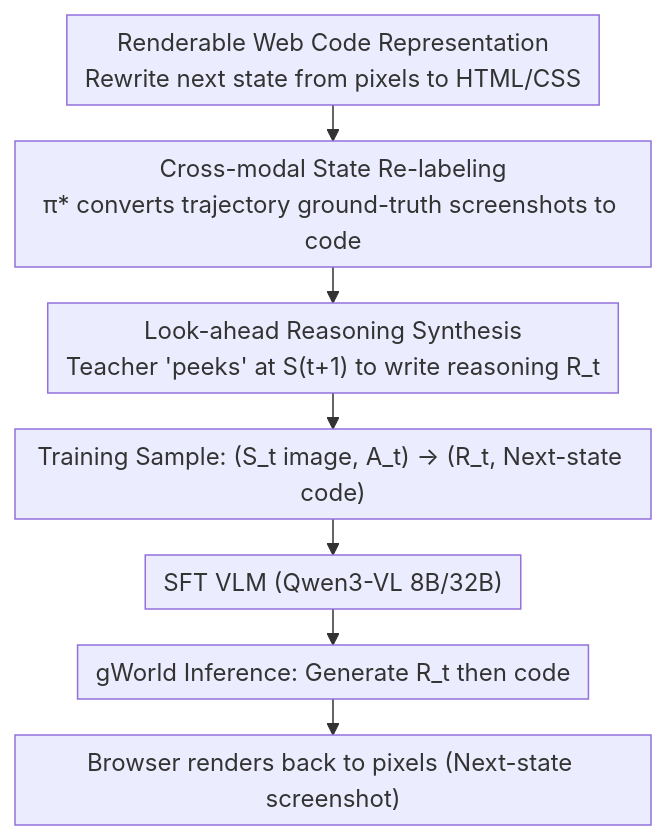
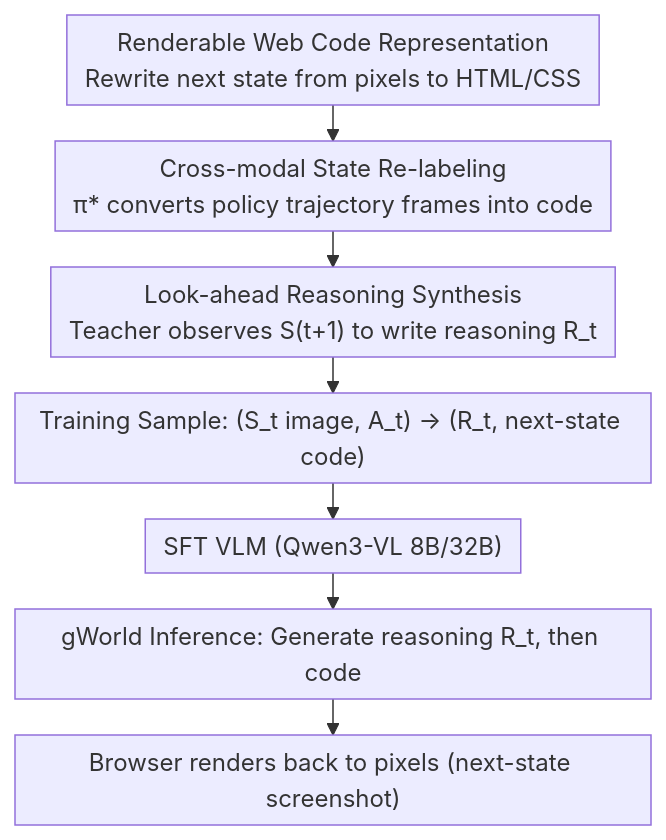
One commit to zhaoyang97/Paper-Notes-en changed the diagram in docs/ICML2026/image_generation/generative_visual_code_mobile_world_models.md. Above: the diagram before and after it, drawn with Mermaid. The commit also changed other lines of this file and 5084 other files, not shown here.

````diff
--- a/docs/ICML2026/image_generation/generative_visual_code_mobile_world_models.md
+++ b/docs/ICML2026/image_generation/generative_visual_code_mobile_world_models.md
@@ -42,11 +42,11 @@
 ```mermaid
 %%{init: {'flowchart': {'rankSpacing': 24, 'nodeSpacing': 28, 'padding': 6, 'wrappingWidth': 400}}}%%
 flowchart TD
     REP["Renderable Web Code Representation<br/>Rewrite next state from pixels to HTML/CSS"]
-    REP --> RELABEL["Cross-modal State Re-labeling<br/>π* converts trajectory ground-truth screenshots to code"]
-    RELABEL --> LA["Look-ahead Reasoning Synthesis<br/>Teacher 'peeks' at S(t+1) to write reasoning R_t"]
-    LA --> SAMPLE["Training Sample: (S_t image, A_t) → (R_t, Next-state code)"]
+    REP --> RELABEL["Cross-modal State Re-labeling<br/>π* converts policy trajectory frames into code"]
+    RELABEL --> LA["Look-ahead Reasoning Synthesis<br/>Teacher observes S(t+1) to write reasoning R_t"]
+    LA --> SAMPLE["Training Sample: (S_t image, A_t) -> (R_t, next-state code)"]
     SAMPLE --> SFT["SFT VLM (Qwen3-VL 8B/32B)"]
-    SFT --> GEN["gWorld Inference: Generate R_t then code"]
-    GEN --> RENDER["Browser renders back to pixels (Next-state screenshot)"]
+    SFT --> GEN["gWorld Inference: Generate reasoning R_t, then code"]
+    GEN --> RENDER["Browser renders back to pixels (next-state screenshot)"]
 ```
````
